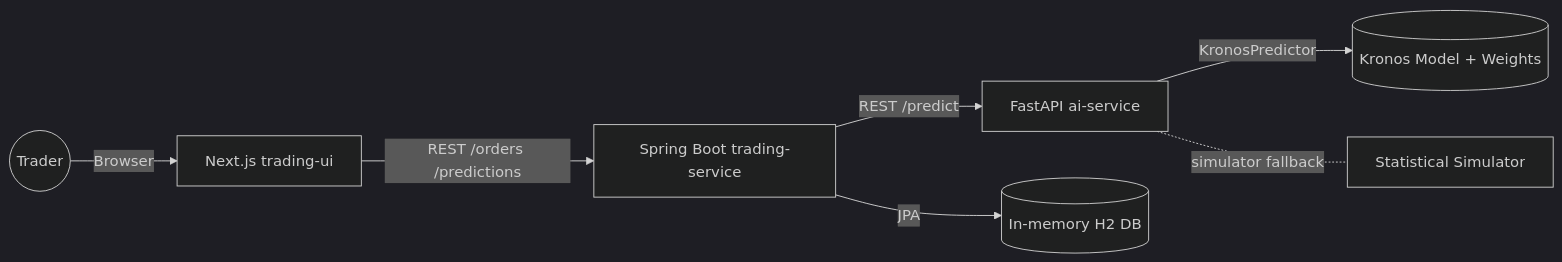
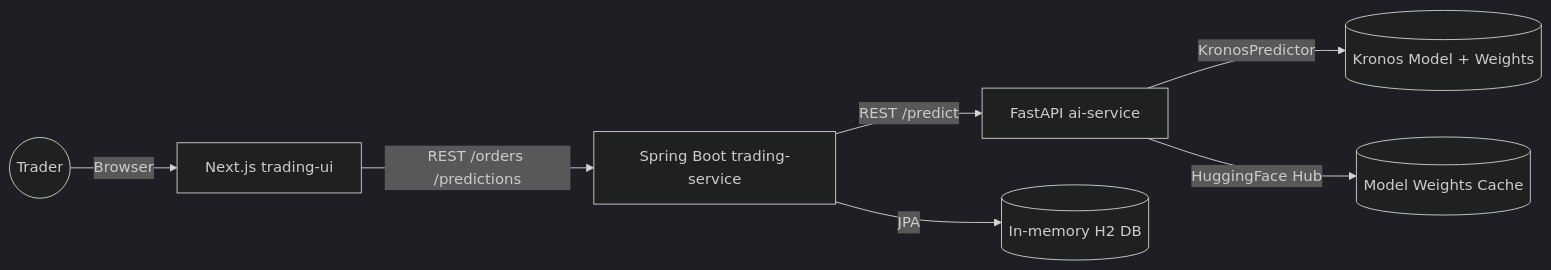
The diagram in README.md (liwagu/broker-trading-platform), drawn with Mermaid (dark theme) before and after one commit. The commit also changed other lines of this file and 7 other files, not shown here.

````diff
--- a/README.md
+++ b/README.md
@@ -13,9 +13,9 @@
 ```mermaid
 graph LR
     User((Trader)) -->|Browser| UI[Next.js trading-ui]
     UI -->|REST /orders /predictions| Spring[Spring Boot trading-service]
     Spring -->|REST /predict| FastAPI[FastAPI ai-service]
     Spring -->|JPA| H2[(In-memory H2 DB)]
     FastAPI -->|KronosPredictor| Kronos[(Kronos Model + Weights)]
-    FastAPI -. simulator fallback .- Sim[Statistical Simulator]
+  FastAPI -->|HuggingFace Hub| HF[(Model Weights Cache)]
 ```
````
